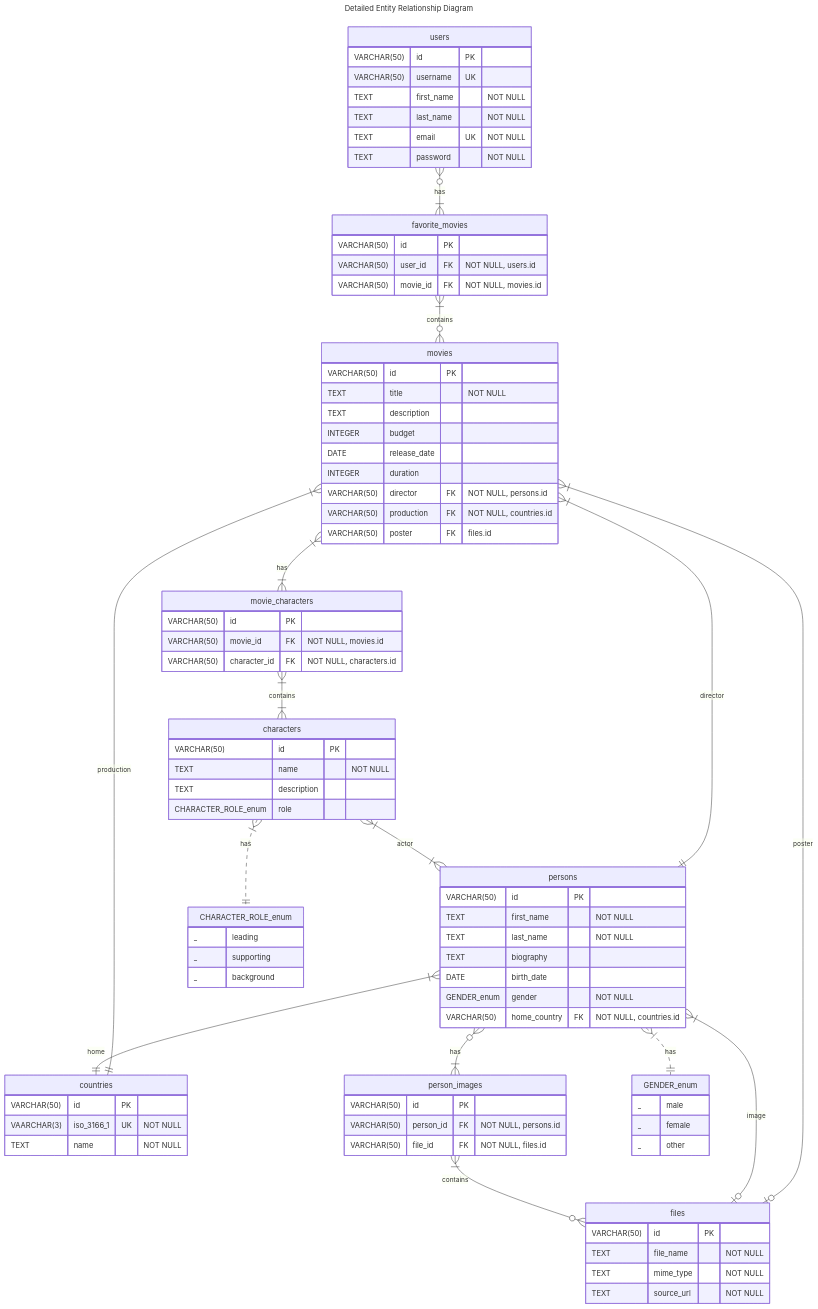
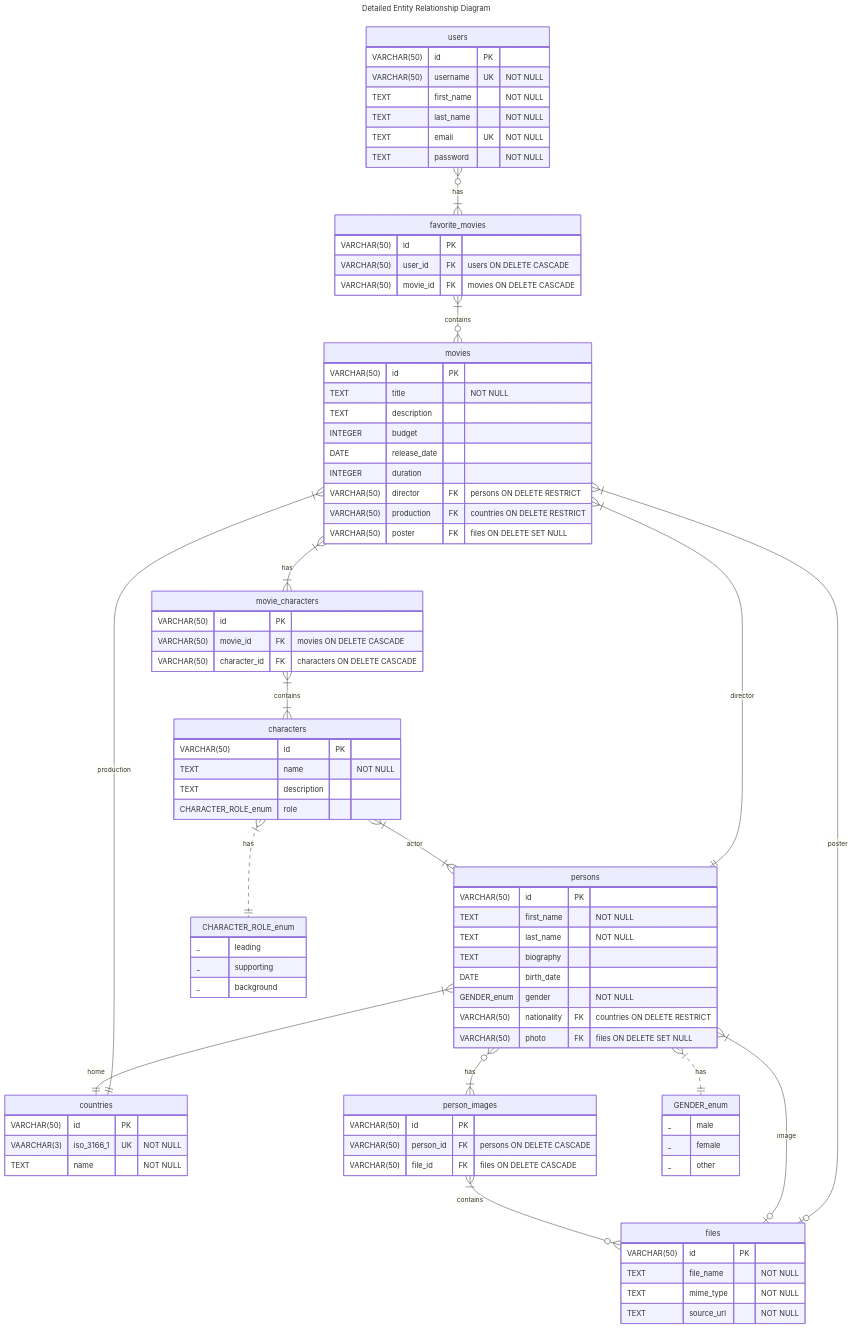
The second of 2 diagrams in README.md (KeidsID/bsa-2024-db-sql), drawn with Mermaid before and after one commit. The commit also changed 1 other file, not shown here.

Commit message:
feat(sql/data): apply ERD on README.md

```diff
--- a/README.md
+++ b/README.md
@@ -51,7 +51,7 @@
 
   users {
     VARCHAR(50) id PK
-    VARCHAR(50) username UK
+    VARCHAR(50) username UK "NOT NULL"
     TEXT first_name "NOT NULL"
     TEXT last_name "NOT NULL"
     TEXT email UK "NOT NULL"
@@ -59,8 +59,8 @@
   }
   favorite_movies {
     VARCHAR(50) id PK
-    VARCHAR(50) user_id FK "NOT NULL, users.id"
-    VARCHAR(50) movie_id FK "NOT NULL, movies.id"
+    VARCHAR(50) user_id FK "users ON DELETE CASCADE"
+    VARCHAR(50) movie_id FK "movies ON DELETE CASCADE"
   }
 
   files {
@@ -77,14 +77,14 @@
     INTEGER budget
     DATE release_date
     INTEGER duration
-    VARCHAR(50) director FK "NOT NULL, persons.id"
-    VARCHAR(50) production FK "NOT NULL, countries.id"
-    VARCHAR(50) poster FK "files.id"
+    VARCHAR(50) director FK "persons ON DELETE RESTRICT"
+    VARCHAR(50) production FK "countries ON DELETE RESTRICT"
+    VARCHAR(50) poster FK "files ON DELETE SET NULL"
   }
   movie_characters {
     VARCHAR(50) id PK
-    VARCHAR(50) movie_id FK "NOT NULL, movies.id"
-    VARCHAR(50) character_id FK "NOT NULL, characters.id"
+    VARCHAR(50) movie_id FK "movies ON DELETE CASCADE"
+    VARCHAR(50) character_id FK "characters ON DELETE CASCADE"
   }
 
   enum_cr[CHARACTER_ROLE_enum] {
@@ -112,13 +112,14 @@
     TEXT biography
     DATE birth_date
     GENDER_enum gender "NOT NULL"
-    VARCHAR(50) home_country FK "NOT NULL, countries.id"
+    VARCHAR(50) nationality FK "countries ON DELETE RESTRICT"
+    VARCHAR(50) photo FK "files ON DELETE SET NULL"
   }
   persons }|..|| enum_g : has
   person_images {
     VARCHAR(50) id PK
-    VARCHAR(50) person_id FK "NOT NULL, persons.id"
-    VARCHAR(50) file_id FK "NOT NULL, files.id"
+    VARCHAR(50) person_id FK "persons ON DELETE CASCADE"
+    VARCHAR(50) file_id FK "files ON DELETE CASCADE"
   }
 
   countries {
```
